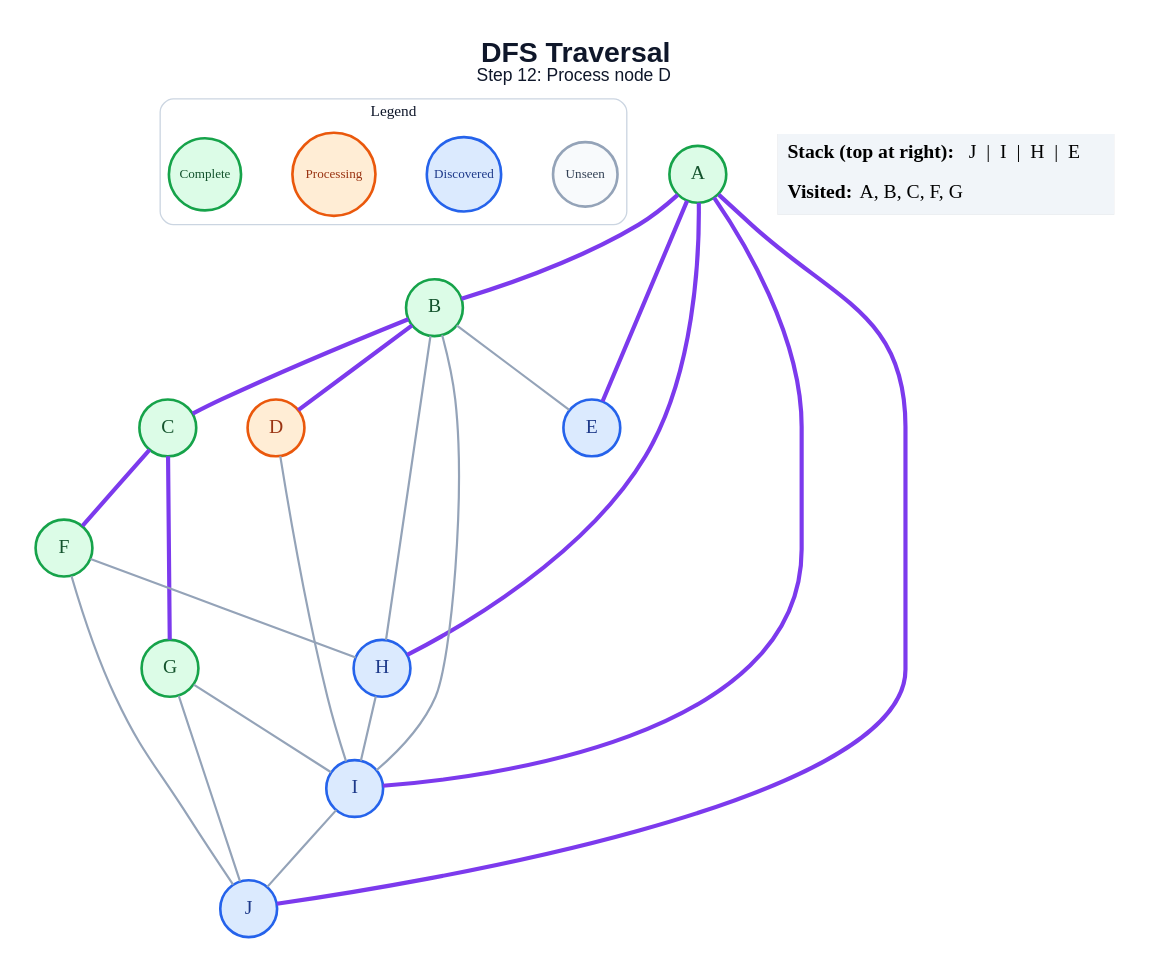
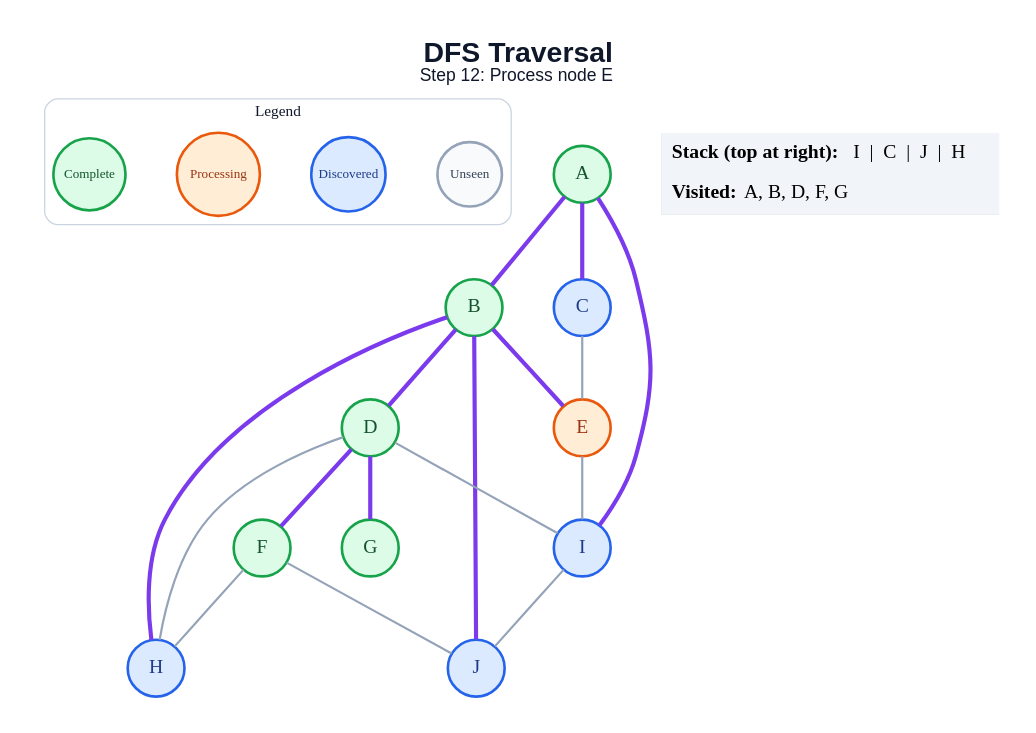
The diagram in generated/dfs/step_12.dot (amanghodawala9/ai-slop), drawn with Graphviz before and after one commit. The commit also changed 178 other files, not shown here.

```diff
--- a/generated/dfs/step_12.dot
+++ b/generated/dfs/step_12.dot
@@ -1,48 +1,45 @@
 graph traversal {
   graph [layout=dot, rankdir=TB, bgcolor="#FFFFFF", pad="0.35", nodesep="0.65", ranksep="0.8", fontname="Arial"];
   node [shape=circle, style="filled", fontname="Arial Bold", fontsize=18, width=0.72, fixedsize=true, penwidth=2.4];
   edge [color="#94A3B8", penwidth=2.0];
-  label=<<B>DFS Traversal</B><BR/><FONT POINT-SIZE="16">Step 12: Process node D</FONT>>; labelloc="t"; fontsize=26; fontname="Arial"; fontcolor="#0F172A";
+  label=<<B>DFS Traversal</B><BR/><FONT POINT-SIZE="16">Step 12: Process node E</FONT>>; labelloc="t"; fontsize=26; fontname="Arial"; fontcolor="#0F172A";
   subgraph cluster_legend { label="Legend"; color="#CBD5E1"; penwidth=1.2; style="rounded"; fontsize=14; fontname="Arial Bold";
     key_unseen [label="Unseen", fillcolor="#F8FAFC", color="#94A3B8", fontcolor="#334155", fontsize=12, width=0.82];
     key_frontier [label="Discovered", fillcolor="#DBEAFE", color="#2563EB", fontcolor="#1E3A8A", fontsize=12, width=0.95];
     key_current [label="Processing", fillcolor="#FFEDD5", color="#EA580C", fontcolor="#9A3412", fontsize=12, width=1.05];
     key_done [label="Complete", fillcolor="#DCFCE7", color="#16A34A", fontcolor="#14532D", fontsize=12, width=0.92];
     { rank=same; key_unseen; key_frontier; key_current; key_done; }
   }
   A [fillcolor="#DCFCE7", color="#16A34A", fontcolor="#14532D"];
   B [fillcolor="#DCFCE7", color="#16A34A", fontcolor="#14532D"];
-  C [fillcolor="#DCFCE7", color="#16A34A", fontcolor="#14532D"];
-  D [fillcolor="#FFEDD5", color="#EA580C", fontcolor="#9A3412"];
-  E [fillcolor="#DBEAFE", color="#2563EB", fontcolor="#1E3A8A"];
+  C [fillcolor="#DBEAFE", color="#2563EB", fontcolor="#1E3A8A"];
+  D [fillcolor="#DCFCE7", color="#16A34A", fontcolor="#14532D"];
+  E [fillcolor="#FFEDD5", color="#EA580C", fontcolor="#9A3412"];
   F [fillcolor="#DCFCE7", color="#16A34A", fontcolor="#14532D"];
   G [fillcolor="#DCFCE7", color="#16A34A", fontcolor="#14532D"];
   H [fillcolor="#DBEAFE", color="#2563EB", fontcolor="#1E3A8A"];
   I [fillcolor="#DBEAFE", color="#2563EB", fontcolor="#1E3A8A"];
   J [fillcolor="#DBEAFE", color="#2563EB", fontcolor="#1E3A8A"];
   A -- B [color="#7C3AED", penwidth=3.8];
-  A -- E [color="#7C3AED", penwidth=3.8];
-  A -- H [color="#7C3AED", penwidth=3.8];
+  A -- C [color="#7C3AED", penwidth=3.8];
   A -- I [color="#7C3AED", penwidth=3.8];
-  A -- J [color="#7C3AED", penwidth=3.8];
-  B -- C [color="#7C3AED", penwidth=3.8];
   B -- D [color="#7C3AED", penwidth=3.8];
-  B -- E;
-  B -- H;
-  B -- I;
-  C -- F [color="#7C3AED", penwidth=3.8];
-  C -- G [color="#7C3AED", penwidth=3.8];
+  B -- E [color="#7C3AED", penwidth=3.8];
+  B -- H [color="#7C3AED", penwidth=3.8];
+  B -- J [color="#7C3AED", penwidth=3.8];
+  C -- E;
+  D -- F [color="#7C3AED", penwidth=3.8];
+  D -- G [color="#7C3AED", penwidth=3.8];
+  D -- H;
   D -- I;
+  E -- I;
   F -- H;
   F -- J;
-  G -- I;
-  G -- J;
-  H -- I;
   I -- J;
   status [shape=plain, fixedsize=false, width=0, height=0, margin=0, label=<
     <TABLE BORDER="0" CELLBORDER="0" CELLPADDING="7" BGCOLOR="#F1F5F9">
-      <TR><TD ALIGN="LEFT"><B>Stack (top at right):</B> J  |  I  |  H  |  E</TD></TR>
-      <TR><TD ALIGN="LEFT"><B>Visited:</B> A, B, C, F, G</TD></TR>
+      <TR><TD ALIGN="LEFT"><B>Stack (top at right):</B> I  |  C  |  J  |  H</TD></TR>
+      <TR><TD ALIGN="LEFT"><B>Visited:</B> A, B, D, F, G</TD></TR>
     </TABLE>
   >];
 }
```
